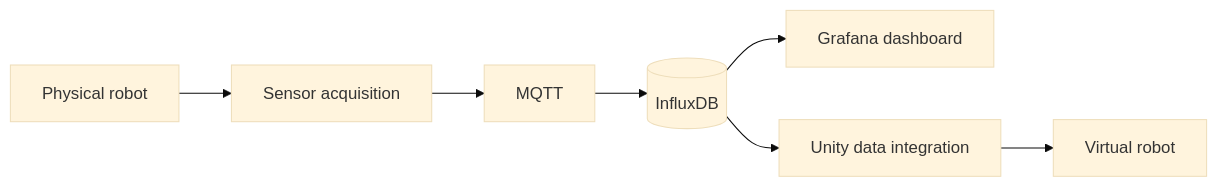
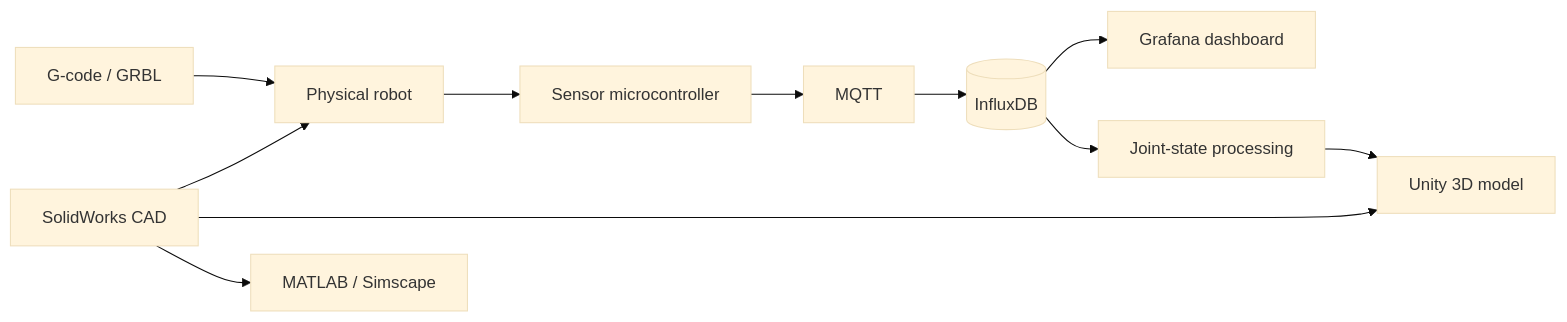
One commit to HassanAliJanjua03/Final-Year-Project changed the diagram in README.md. Above: the diagram before and after it, drawn with Mermaid (base theme). The commit also changed other lines of this file and 21 other files, not shown here.

````diff
--- a/README.md
+++ b/README.md
@@ -37,9 +44,13 @@
 ```mermaid
 flowchart LR
-  A[Physical robot] --> B[Sensor acquisition]
-  B --> C[MQTT]
-  C --> D[(InfluxDB)]
-  D --> E[Grafana dashboard]
-  D --> F[Unity data integration]
-  F --> G[Virtual robot]
+  CAD[SolidWorks CAD] --> P[Physical robot]
+  CAD --> U[Unity 3D model]
+  CAD --> M[MATLAB / Simscape]
+  G[G-code / GRBL] --> P
+  P --> S[Sensor microcontroller]
+  S --> Q[MQTT]
+  Q --> D[(InfluxDB)]
+  D --> F[Grafana dashboard]
+  D --> T[Joint-state processing]
+  T --> U
 ```
````
